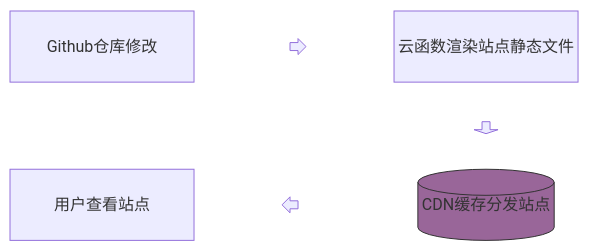
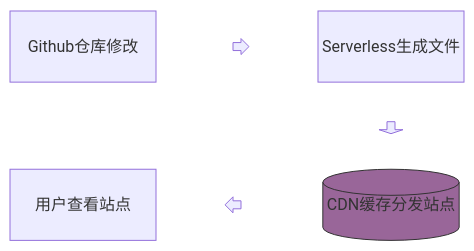
Before and after one commit to TakagisanReposOrg/VuePress-TakagiWiki: the diagram in guide/PullStart.md, drawn with Mermaid. The commit also changed other lines of this file and 2 other files, not shown here.

Commit message:
更新“木创社”信息

````diff
--- a/guide/PullStart.md
+++ b/guide/PullStart.md
@@ -20,12 +20,12 @@
 ```mermaid
 block-beta
     columns 3
-    Github仓库修改 blockArrowId6<[" "]>(right) 云函数渲染站点静态文件
+    Github仓库修改 blockArrowId6<[" "]>(right) Serverless生成文件
     space:2 down<[" "]>(down)
     用户查看站点 left<[" "]>(left) Database[("CDN缓存分发站点")]
 
     classDef front fill:#696,stroke:#333;
     classDef back fill:#969,stroke:#333;
     class Frontend front
     class Backend,Database back
 ```
````
